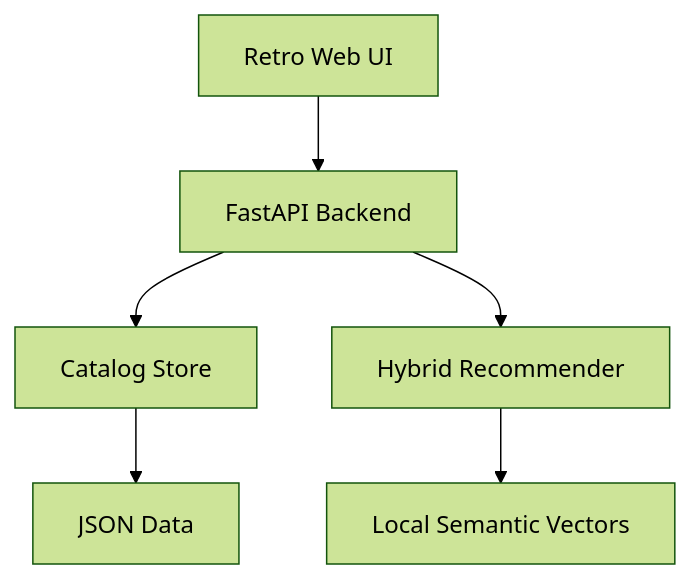
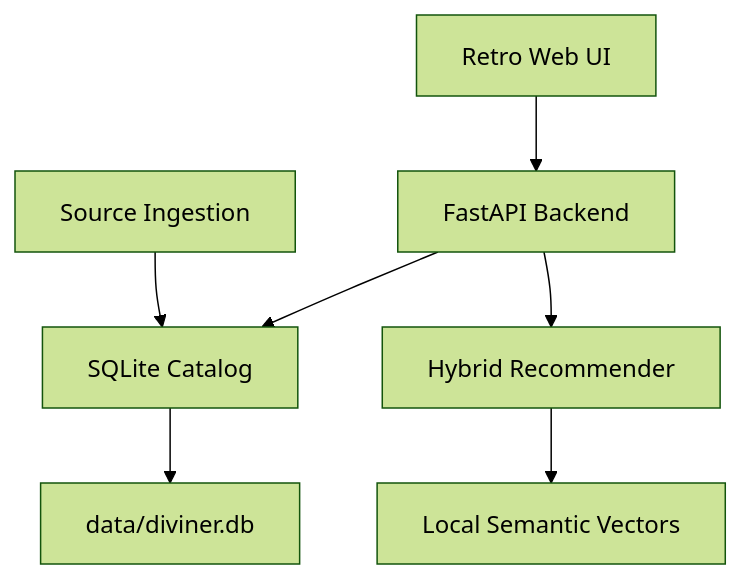
One commit to ACHYouth/Diviner changed the diagram in README.md. Above: the diagram before and after it, drawn with Mermaid (forest theme). The commit also changed other lines of this file and 15 other files, not shown here.

Commit message:
Add SQLite catalog and ingestion pipeline

````diff
--- a/README.md
+++ b/README.md
@@ -104,8 +141,9 @@
 ```mermaid
 flowchart TD
     UI["Retro Web UI"] --> API["FastAPI Backend"]
-    API --> Catalog["Catalog Store"]
+    API --> Catalog["SQLite Catalog"]
     API --> Rec["Hybrid Recommender"]
     Rec --> Vectors["Local Semantic Vectors"]
-    Catalog --> Data["JSON Data"]
+    Catalog --> DB["data/diviner.db"]
+    Ingest["Source Ingestion"] --> Catalog
 ```
````
